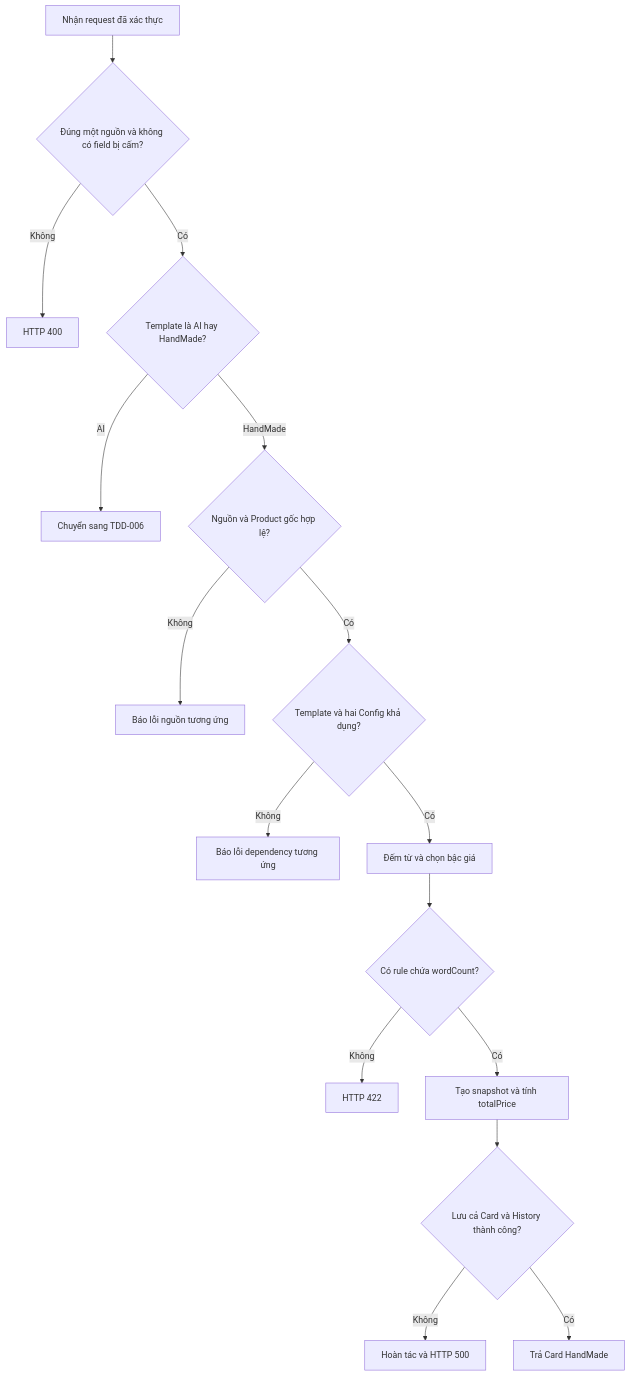
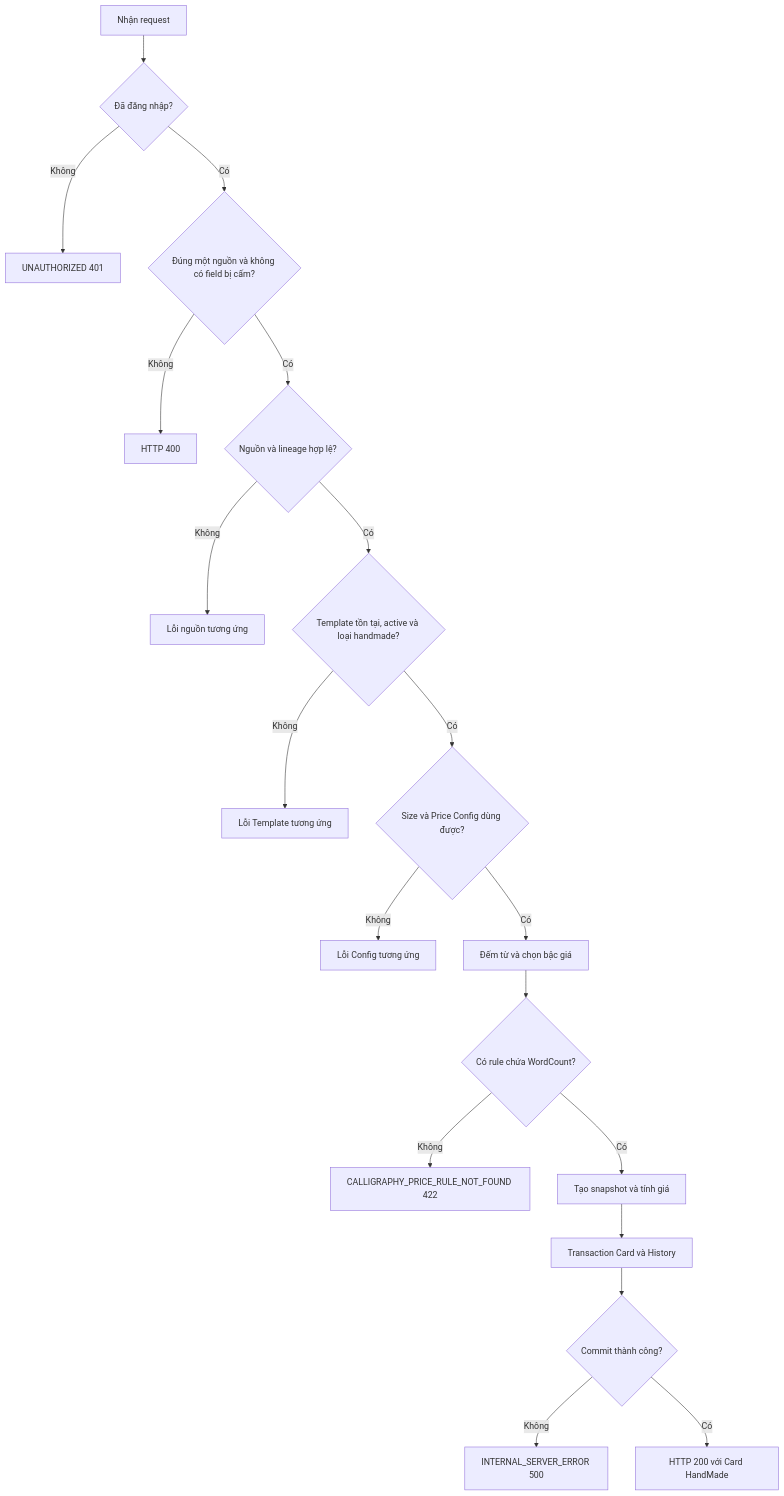
The third of 4 diagrams in HoaTheoMua.Repository/docs/tdd/TDD-021/TDD-021-chon-va-tao-thiep-handmade.md (TaskCoper/hoatheomua-be), drawn with Mermaid before and after one commit. The commit also changed other lines of this file and 499 other files, not shown here.

````diff
--- a/HoaTheoMua.Repository/docs/tdd/TDD-021/TDD-021-chon-va-tao-thiep-handmade.md
+++ b/HoaTheoMua.Repository/docs/tdd/TDD-021/TDD-021-chon-va-tao-thiep-handmade.md
@@ -148,18 +133,21 @@
 ```mermaid
 flowchart TD
-    A["Nhận request đã xác thực"] --> B{"Đúng một nguồn và không có field bị cấm?"}
-    B -->|"Không"| E1["HTTP 400"]
-    B -->|"Có"| C{"Template là AI hay HandMade?"}
-    C -->|"AI"| AI["Chuyển sang TDD-006"]
-    C -->|"HandMade"| D{"Nguồn và Product gốc hợp lệ?"}
-    D -->|"Không"| E2["Báo lỗi nguồn tương ứng"]
-    D -->|"Có"| F{"Template và hai Config khả dụng?"}
-    F -->|"Không"| E3["Báo lỗi dependency tương ứng"]
-    F -->|"Có"| P["Đếm từ và chọn bậc giá"]
-    P --> R{"Có rule chứa wordCount?"}
-    R -->|"Không"| E4["HTTP 422"]
-    R -->|"Có"| S["Tạo snapshot và tính totalPrice"]
-    S --> L{"Lưu cả Card và History thành công?"}
-    L -->|"Không"| E5["Hoàn tác và HTTP 500"]
-    L -->|"Có"| OK["Trả Card HandMade"]
+    A[Nhận request] --> B{Đã đăng nhập?}
+    B -->|Không| U[UNAUTHORIZED 401]
+    B -->|Có| C{Đúng một nguồn và không có field bị cấm?}
+    C -->|Không| V[HTTP 400]
+    C -->|Có| D{Nguồn và lineage hợp lệ?}
+    D -->|Không| E[Lỗi nguồn tương ứng]
+    D -->|Có| F{Template tồn tại, active và loại handmade?}
+    F -->|Không| G[Lỗi Template tương ứng]
+    F -->|Có| H{Size và Price Config dùng được?}
+    H -->|Không| I[Lỗi Config tương ứng]
+    H -->|Có| J[Đếm từ và chọn bậc giá]
+    J --> K{Có rule chứa WordCount?}
+    K -->|Không| L[CALLIGRAPHY_PRICE_RULE_NOT_FOUND 422]
+    K -->|Có| M[Tạo snapshot và tính giá]
+    M --> N[Transaction Card và History]
+    N --> O{Commit thành công?}
+    O -->|Không| P[INTERNAL_SERVER_ERROR 500]
+    O -->|Có| Q[HTTP 200 với Card HandMade]
 ```
````
